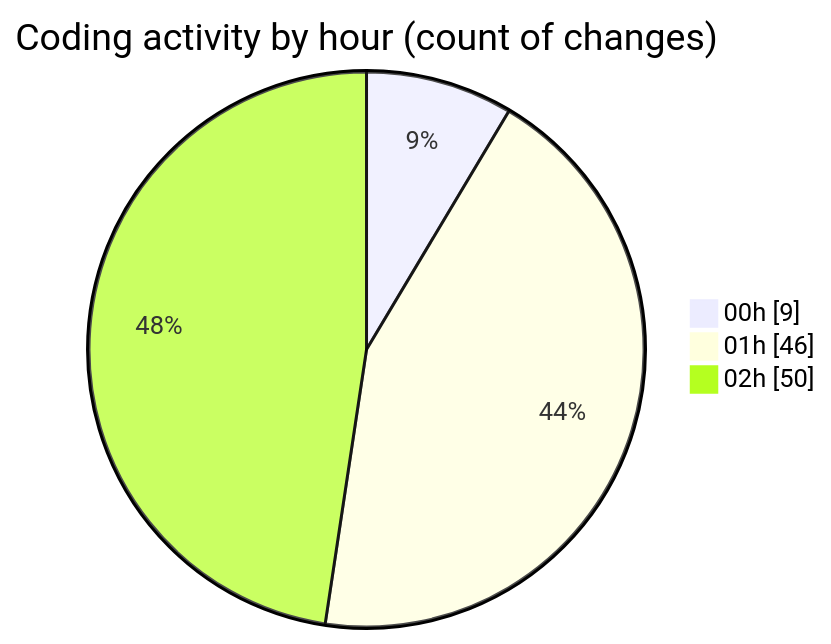
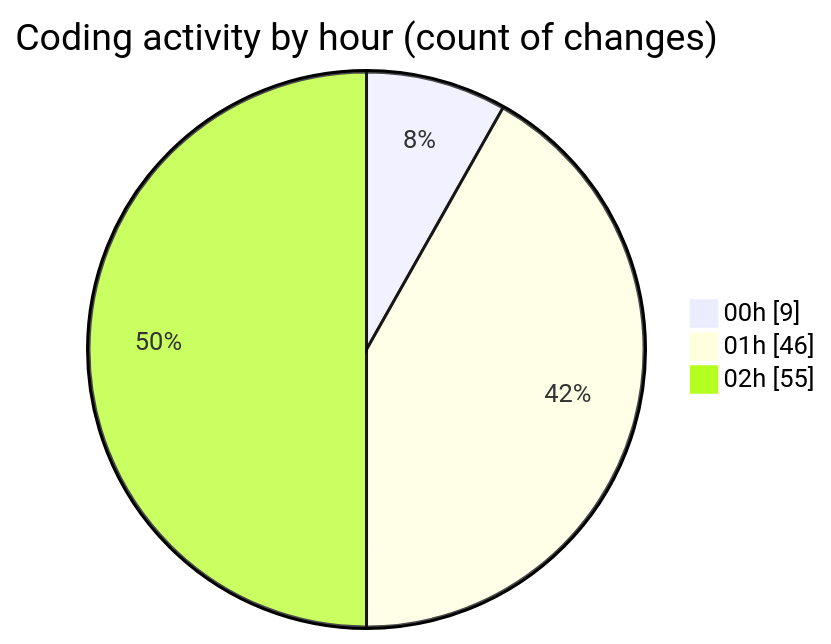
The second of 2 diagrams in 2025-11-18/eventscop-frontend-guide__workspace_/README.md (julien-gomy/code-tracking), drawn with Mermaid before and after one commit. The commit also changed other lines of this file and 1 other file, not shown here.

````diff
--- a/2025-11-18/eventscop-frontend-guide__workspace_/README.md
+++ b/2025-11-18/eventscop-frontend-guide__workspace_/README.md
@@ -48,7 +50,7 @@
 ```mermaid
 pie showData
 title Coding activity by hour (count of changes)
 "00h" : 9
 "01h" : 46
-"02h" : 50
+"02h" : 55
 ```
````
